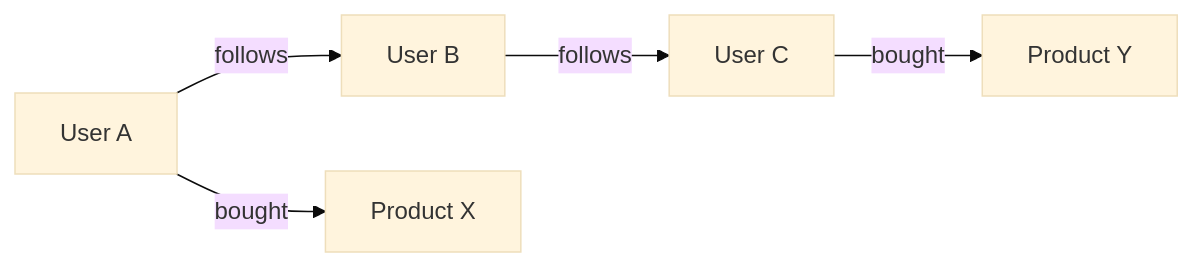
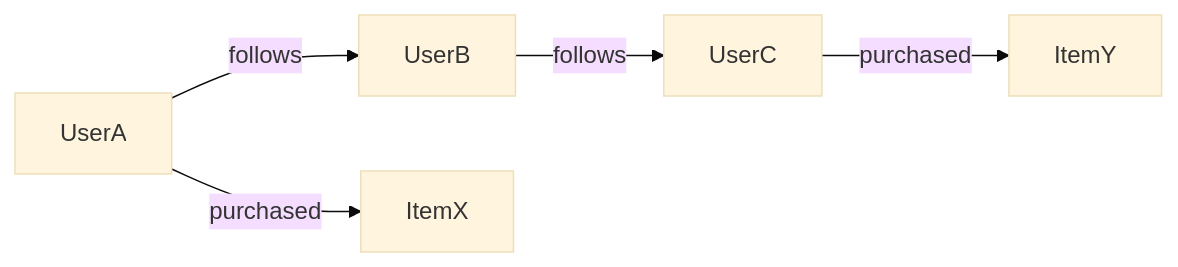
Before and after one commit to GabrielAlmeidaFlores/Senior-Software-Architect: the first of 2 diagrams in database/database-masterclass/03-nosql-paradigms/05-graph-databases-and-traversal-workloads.md, drawn with Mermaid (base theme). The commit also changed other lines of this file and 19 other files, not shown here.

````diff
--- a/database/database-masterclass/03-nosql-paradigms/05-graph-databases-and-traversal-workloads.md
+++ b/database/database-masterclass/03-nosql-paradigms/05-graph-databases-and-traversal-workloads.md
@@ -26,7 +21,7 @@
 ```mermaid
 flowchart LR
-    U1[User A] -->|follows| U2[User B]
-    U2 -->|follows| U3[User C]
-    U1 -->|bought| P1[Product X]
-    U3 -->|bought| P2[Product Y]
+    userA[UserA] -->|follows| userB[UserB]
+    userB -->|follows| userC[UserC]
+    userA -->|purchased| itemX[ItemX]
+    userC -->|purchased| itemY[ItemY]
 ```
````
